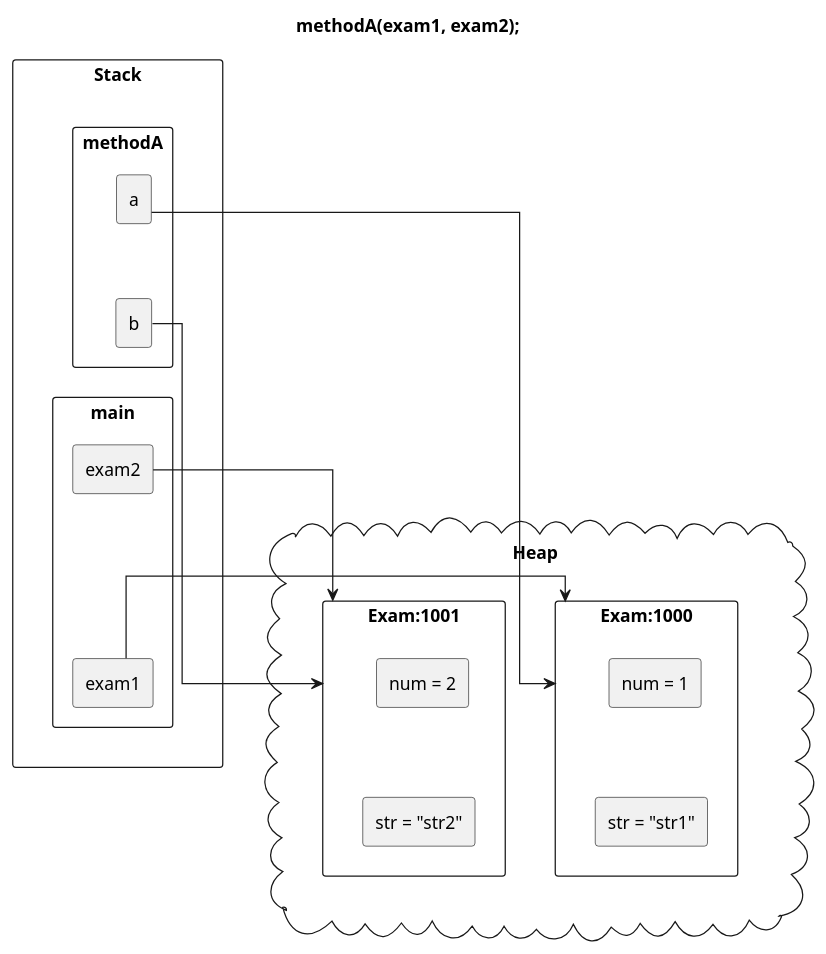
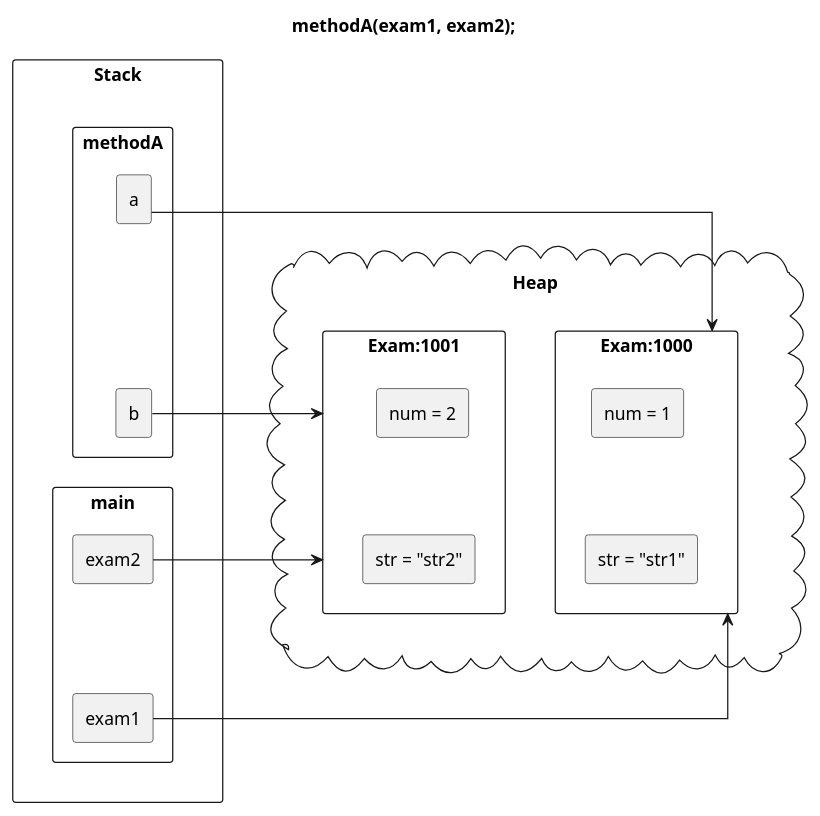
One commit to windowforsun/blog changed the diagram in plantuml/java/concept-memorymanagement-32.plantuml. Above: the diagram before and after it, drawn with PlantUML. The commit also changed 9 other files, not shown here.

```diff
--- a/plantuml/java/concept-memorymanagement-32.plantuml
+++ b/plantuml/java/concept-memorymanagement-32.plantuml
@@ -1,46 +1,46 @@
 @startuml
 skinparam linetype ortho
 
 title methodA(exam1, exam2);
 
 rectangle "Stack" {
 	rectangle "methodA" {
 		rectangle "a"
 		rectangle "b"
 
 		a -[hidden]d- b
 	}
 	rectangle "main" {
 		rectangle "exam2"
 		rectangle "exam1"
 
 		exam2 -[hidden]d- exam1
 	}
 
 	b -[hidden]d- exam2
 }
 
 cloud "Heap" {
 	rectangle "Exam:1000" as Exam1000 {
 		rectangle "num = 1" as num1000
 		rectangle "str = "str1"" as str1000
 		num1000 -[hidden]d- str1000
 	}
 
 	rectangle "Exam:1001" as Exam1001 {
 		rectangle "num = 2" as num1001
 		rectangle "str = "str2"" as str1001
 		num1001 -[hidden]d- str1001
 	}
 
 	Exam1000 -[hidden]l- Exam1001
 }
 
 Stack -[hidden]r-Heap
 
-exam1 -r-> Exam1000
+exam1 -u-> Exam1000
 exam2 -r-> Exam1001
-a -r-> Exam1000
+a -u-> Exam1000
 b -r-> Exam1001
 
 @enduml
```
